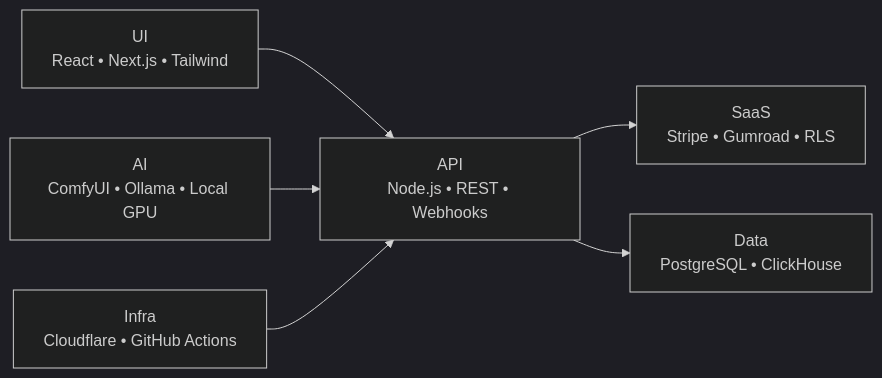
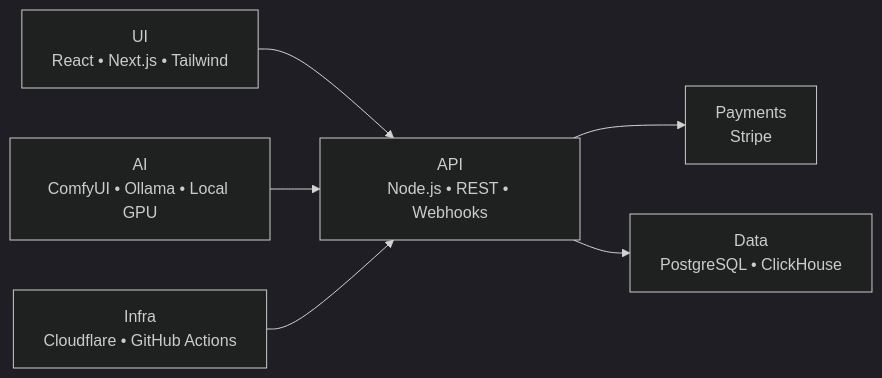
One commit to Hardonian/Hardonian changed the third of 3 diagrams in README.md. Above: the diagram before and after it, drawn with Mermaid (dark theme). The commit also changed other lines of this file, not shown here.

````diff
--- a/README.md
+++ b/README.md
@@ -245,15 +141,15 @@
 ```mermaid
 flowchart LR
     UI["UI<br/>React • Next.js • Tailwind"]
     API["API<br/>Node.js • REST • Webhooks"]
-    SaaS["SaaS<br/>Stripe • Gumroad • RLS"]
+    Pay["Payments<br/>Stripe"]
     Data["Data<br/>PostgreSQL • ClickHouse"]
     AI["AI<br/>ComfyUI • Ollama • Local GPU"]
     Infra["Infra<br/>Cloudflare • GitHub Actions"]
 
     UI --> API
-    API --> SaaS
+    API --> Pay
     API --> Data
     AI --> API
     Infra --> API
 ```
````
